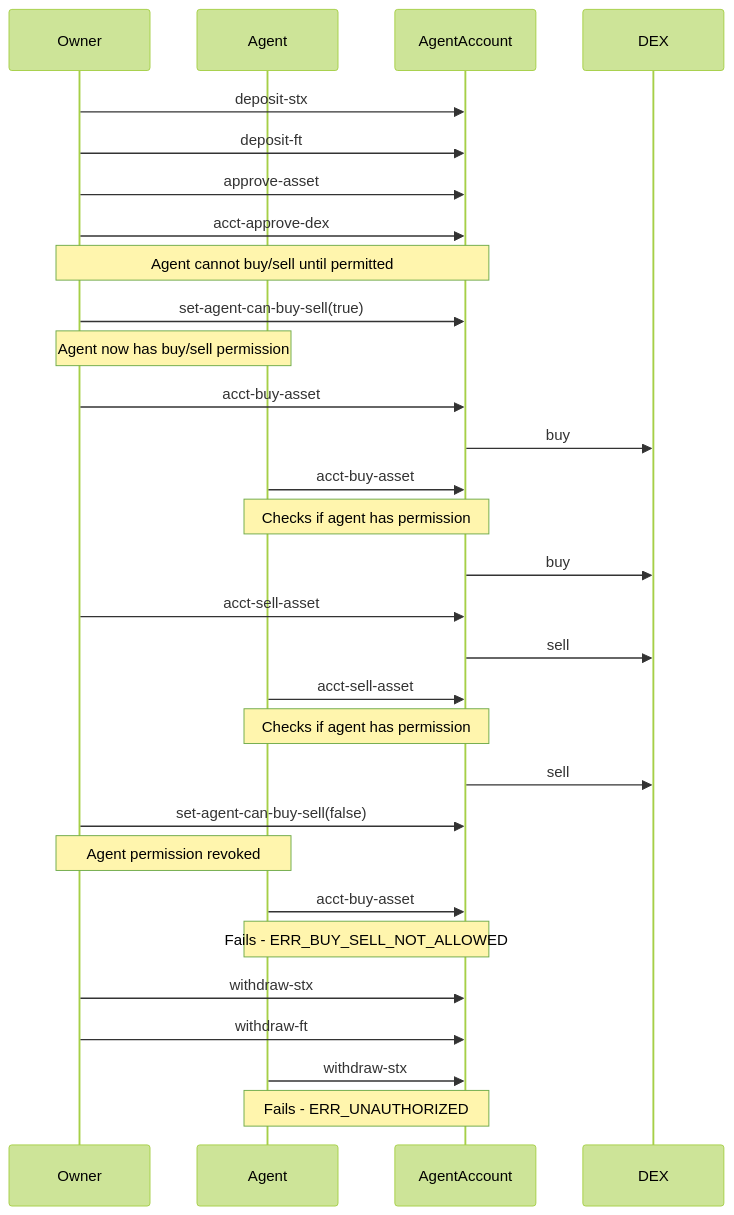
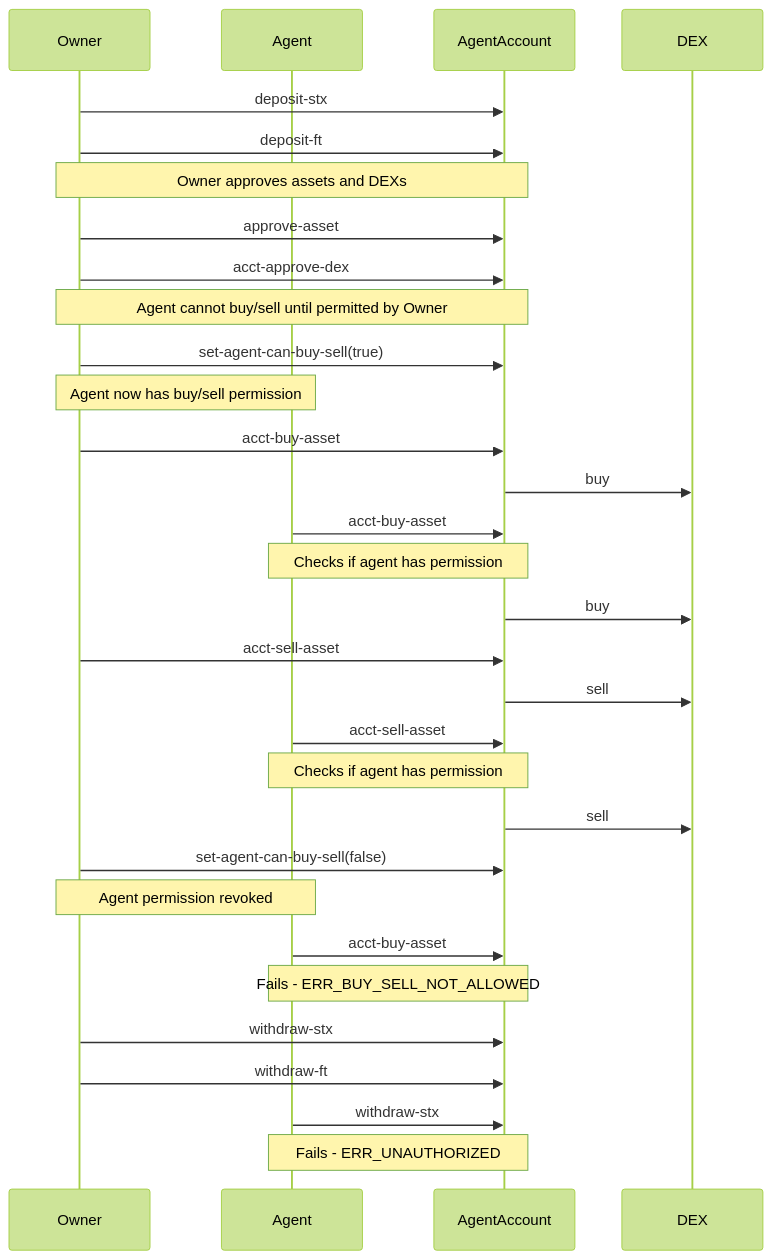
Before and after one commit to aibtcdev/aibtcdev-docs: the third of 3 diagrams in aibtc-contracts/agent-account/README.md, drawn with Mermaid (forest theme). The commit also changed other lines of this file, not shown here.

Commit message:
feat: Update aibtc-agent-account/README.md to match extension format

````diff
--- a/aibtc-contracts/agent-account/README.md
+++ b/aibtc-contracts/agent-account/README.md
@@ -227,42 +367,42 @@
 ```mermaid
 sequenceDiagram
     participant Owner
     participant Agent
     participant AgentAccount
     participant DEX
 
     Owner->>AgentAccount: deposit-stx
     Owner->>AgentAccount: deposit-ft
+    Note over Owner, AgentAccount: Owner approves assets and DEXs
     Owner->>AgentAccount: approve-asset
     Owner->>AgentAccount: acct-approve-dex
 
-    Note over Owner,AgentAccount: Agent cannot buy/sell until permitted
-
+    Note over Owner,AgentAccount: Agent cannot buy/sell until permitted by Owner
     Owner->>AgentAccount: set-agent-can-buy-sell(true)
     Note over Owner,Agent: Agent now has buy/sell permission
 
     Owner->>AgentAccount: acct-buy-asset
     AgentAccount->>DEX: buy
 
     Agent->>AgentAccount: acct-buy-asset
     Note over Agent,AgentAccount: Checks if agent has permission
     AgentAccount->>DEX: buy
 
     Owner->>AgentAccount: acct-sell-asset
     AgentAccount->>DEX: sell
 
     Agent->>AgentAccount: acct-sell-asset
     Note over Agent,AgentAccount: Checks if agent has permission
     AgentAccount->>DEX: sell
 
     Owner->>AgentAccount: set-agent-can-buy-sell(false)
     Note over Owner,Agent: Agent permission revoked
     Agent->>AgentAccount: acct-buy-asset
     Note over Agent,AgentAccount: Fails - ERR_BUY_SELL_NOT_ALLOWED
 
     Owner->>AgentAccount: withdraw-stx
     Owner->>AgentAccount: withdraw-ft
 
     Agent->>AgentAccount: withdraw-stx
     Note over Agent,AgentAccount: Fails - ERR_UNAUTHORIZED
 ```
````
